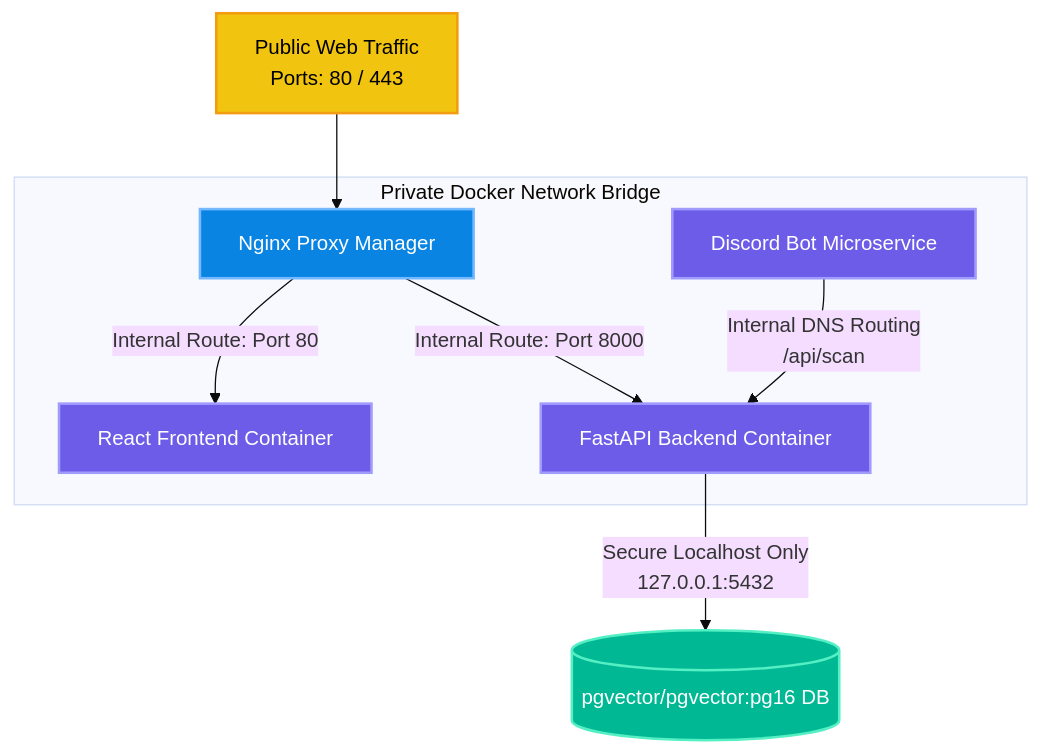
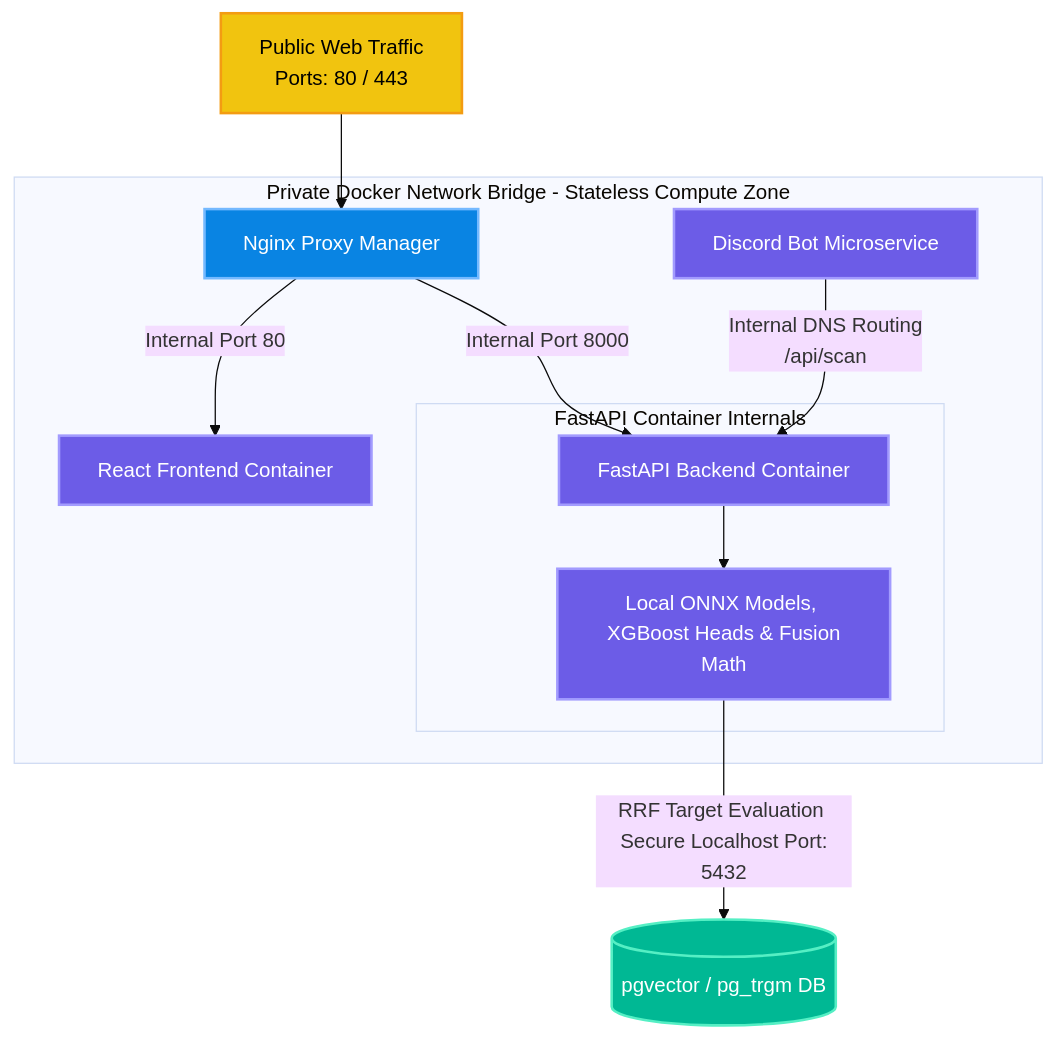
The second of 2 diagrams in README.md (ahTop127/askvigil), drawn with Mermaid (base theme) before and after one commit. The commit also changed other lines of this file, not shown here.

````diff
--- a/README.md
+++ b/README.md
@@ -119,19 +129,25 @@
 ```mermaid
 graph TD
     %% Styling Definitions
     classDef edge fill:#f1c40f,stroke:#f39c12,stroke-width:2px,color:#000
     classDef proxy fill:#0984e3,stroke:#74b9ff,stroke-width:2px,color:#fff
     classDef internal fill:#6c5ce7,stroke:#a29bfe,stroke-width:2px,color:#fff
     classDef secure fill:#00b894,stroke:#55efc4,stroke-width:2px,color:#fff
 
-    %% Diagram Nodes & Connections
+    %% Network Entry
     WAN[Public Web Traffic <br> Ports: 80 / 443]:::edge --> NPM[Nginx Proxy Manager]:::proxy
     
-    subgraph Private Docker Network Bridge
-        NPM -->|Internal Route: Port 80| FE[React Frontend Container]:::internal
-        NPM -->|Internal Route: Port 8000| BE[FastAPI Backend Container]:::internal
+    subgraph DMZ ["Private Docker Network Bridge - Stateless Compute Zone"]
+        NPM -->|Internal Port 80| FE[React Frontend Container]:::internal
+        NPM -->|Internal Port 8000| BE[FastAPI Backend Container]:::internal
+        
+        subgraph BE_BOX ["FastAPI Container Internals"]
+            BE --> AI_ENG[Local ONNX Models, <br/> XGBoost Heads & Fusion Math]:::internal
+        end
+
         BOT[Discord Bot Microservice]:::internal -->|Internal DNS Routing <br> /api/scan| BE
     end
 
-    BE -->|Secure Localhost Only <br> 127.0.0.1:5432| DB[(pgvector/pgvector:pg16 DB)]:::secure
+    %% Secure Persistence Layer
+    AI_ENG -->|RRF Target Evaluation <br/> Secure Localhost Port: 5432| DB[(pgvector / pg_trgm DB)]:::secure
 ```
````
